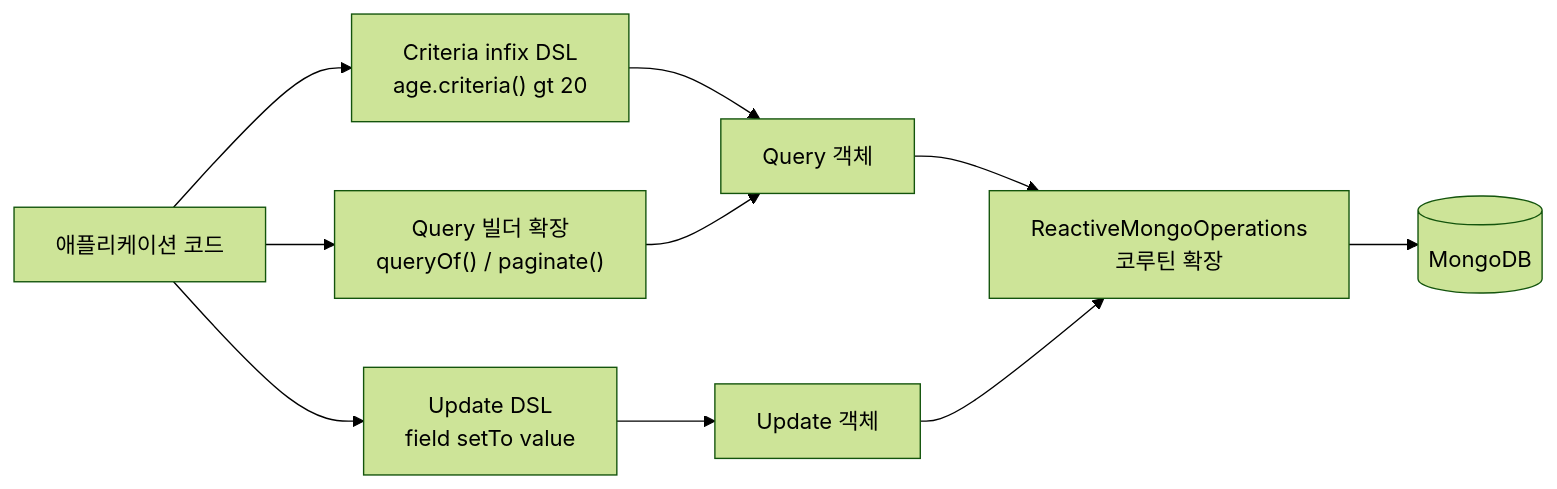
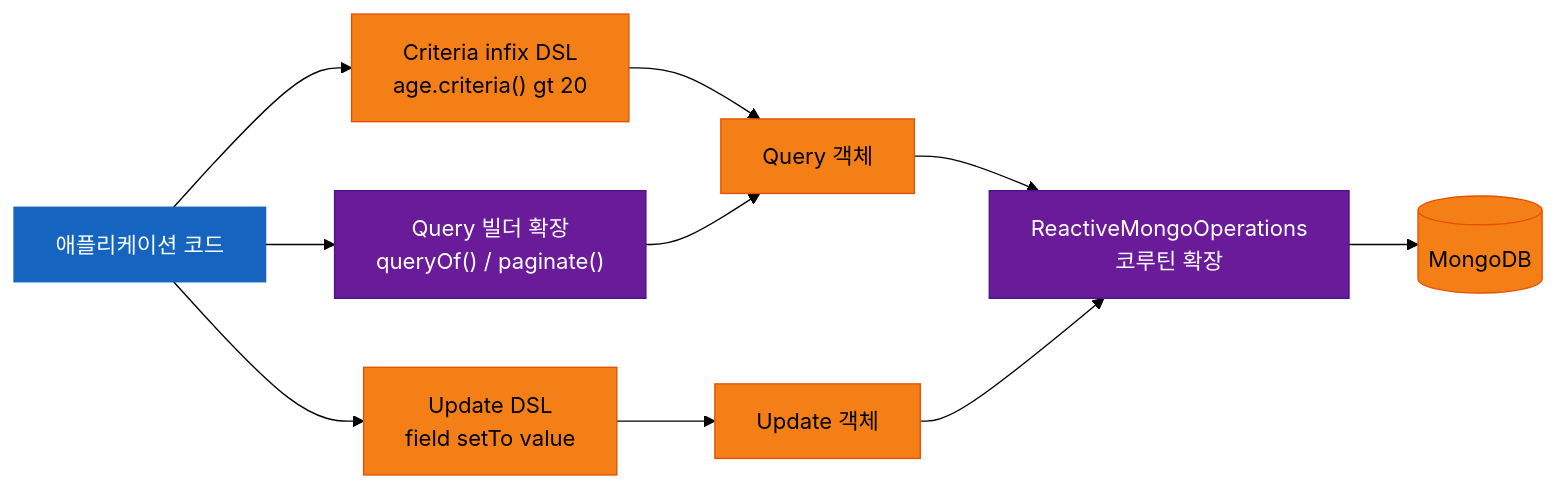
The third of 4 diagrams in spring-boot3/mongodb/README.ko.md (bluetape4k/bluetape4k-projects), drawn with Mermaid (forest theme) before and after one commit. The commit also changed other lines of this file and 221 other files, not shown here.

First line of the commit message:
docs: 전체 모듈 README UML 다이어그램 보강 및 색상 업그레이드

````diff
--- a/spring-boot3/mongodb/README.ko.md
+++ b/spring-boot3/mongodb/README.ko.md
@@ -284,12 +302,25 @@
 ```mermaid
 flowchart LR
     Code["애플리케이션 코드"] --> CriteriaDSL["Criteria infix DSL<br/>age.criteria() gt 20"]
     Code --> QueryBuilder["Query 빌더 확장<br/>queryOf() / paginate()"]
     Code --> UpdateDSL["Update DSL<br/>field setTo value"]
     CriteriaDSL --> Query["Query 객체"]
     QueryBuilder --> Query
     UpdateDSL --> Update["Update 객체"]
     Query --> ROps["ReactiveMongoOperations<br/>코루틴 확장"]
     Update --> ROps
     ROps --> MongoDB[("MongoDB")]
+
+    classDef serviceStyle fill:#1565C0,stroke:#1565C0,color:#FFFFFF
+    classDef dataStyle fill:#F57F17,stroke:#E65100,color:#000000
+    classDef asyncStyle fill:#6A1B9A,stroke:#4A148C,color:#FFFFFF
+
+    class Code serviceStyle
+    class CriteriaDSL dataStyle
+    class QueryBuilder asyncStyle
+    class UpdateDSL dataStyle
+    class Query dataStyle
+    class Update dataStyle
+    class ROps asyncStyle
+    class MongoDB dataStyle
 ```
````
